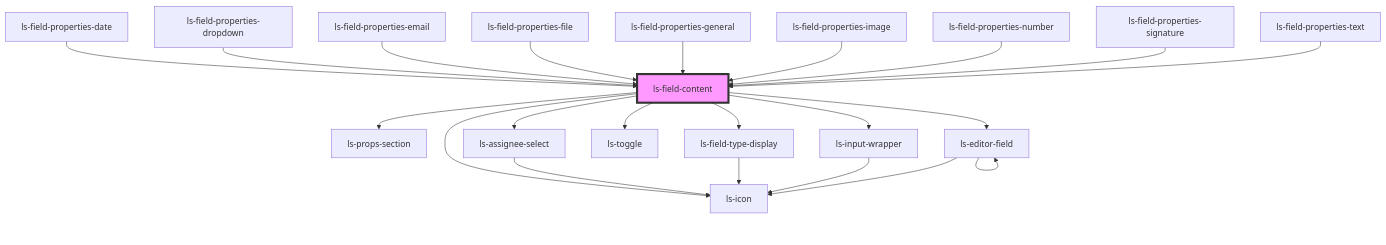
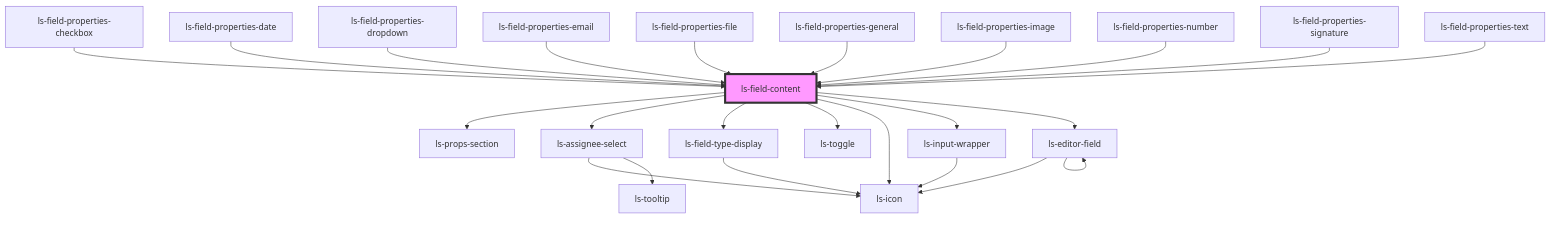
Before and after one commit to legalesign/ls-document-viewer: the diagram in src/components/ls-field-content/readme.md, drawn with Mermaid. The commit also changed other lines of this file and 24 other files, not shown here.

````diff
--- a/src/components/ls-field-content/readme.md
+++ b/src/components/ls-field-content/readme.md
@@ -51,25 +52,27 @@
 ```mermaid
 graph TD;
   ls-field-content --> ls-props-section
   ls-field-content --> ls-assignee-select
   ls-field-content --> ls-field-type-display
   ls-field-content --> ls-toggle
   ls-field-content --> ls-icon
   ls-field-content --> ls-input-wrapper
   ls-field-content --> ls-editor-field
   ls-assignee-select --> ls-icon
+  ls-assignee-select --> ls-tooltip
   ls-field-type-display --> ls-icon
   ls-input-wrapper --> ls-icon
   ls-editor-field --> ls-icon
   ls-editor-field --> ls-editor-field
+  ls-field-properties-checkbox --> ls-field-content
   ls-field-properties-date --> ls-field-content
   ls-field-properties-dropdown --> ls-field-content
   ls-field-properties-email --> ls-field-content
   ls-field-properties-file --> ls-field-content
   ls-field-properties-general --> ls-field-content
   ls-field-properties-image --> ls-field-content
   ls-field-properties-number --> ls-field-content
   ls-field-properties-signature --> ls-field-content
   ls-field-properties-text --> ls-field-content
   style ls-field-content fill:#f9f,stroke:#333,stroke-width:4px
 ```
````
